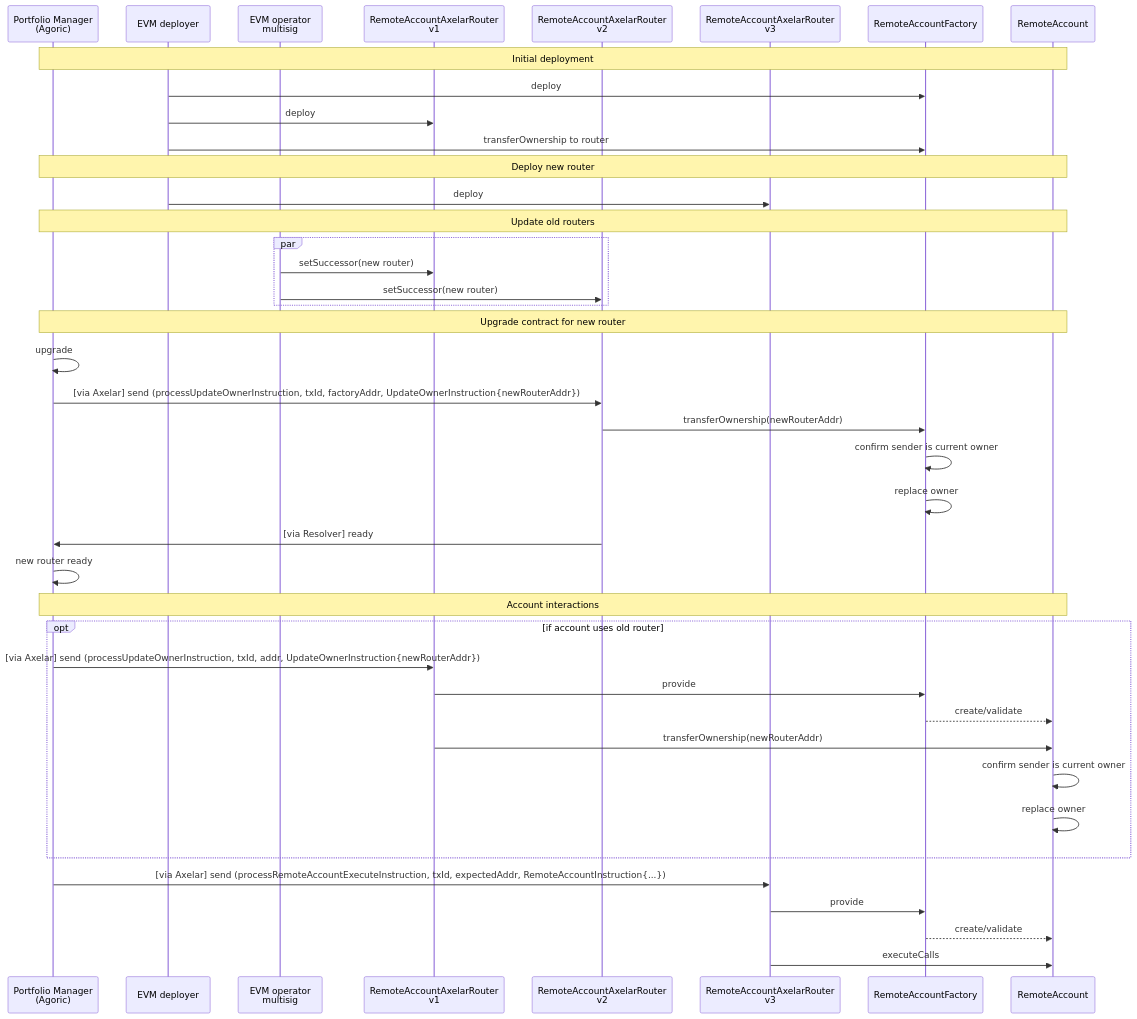
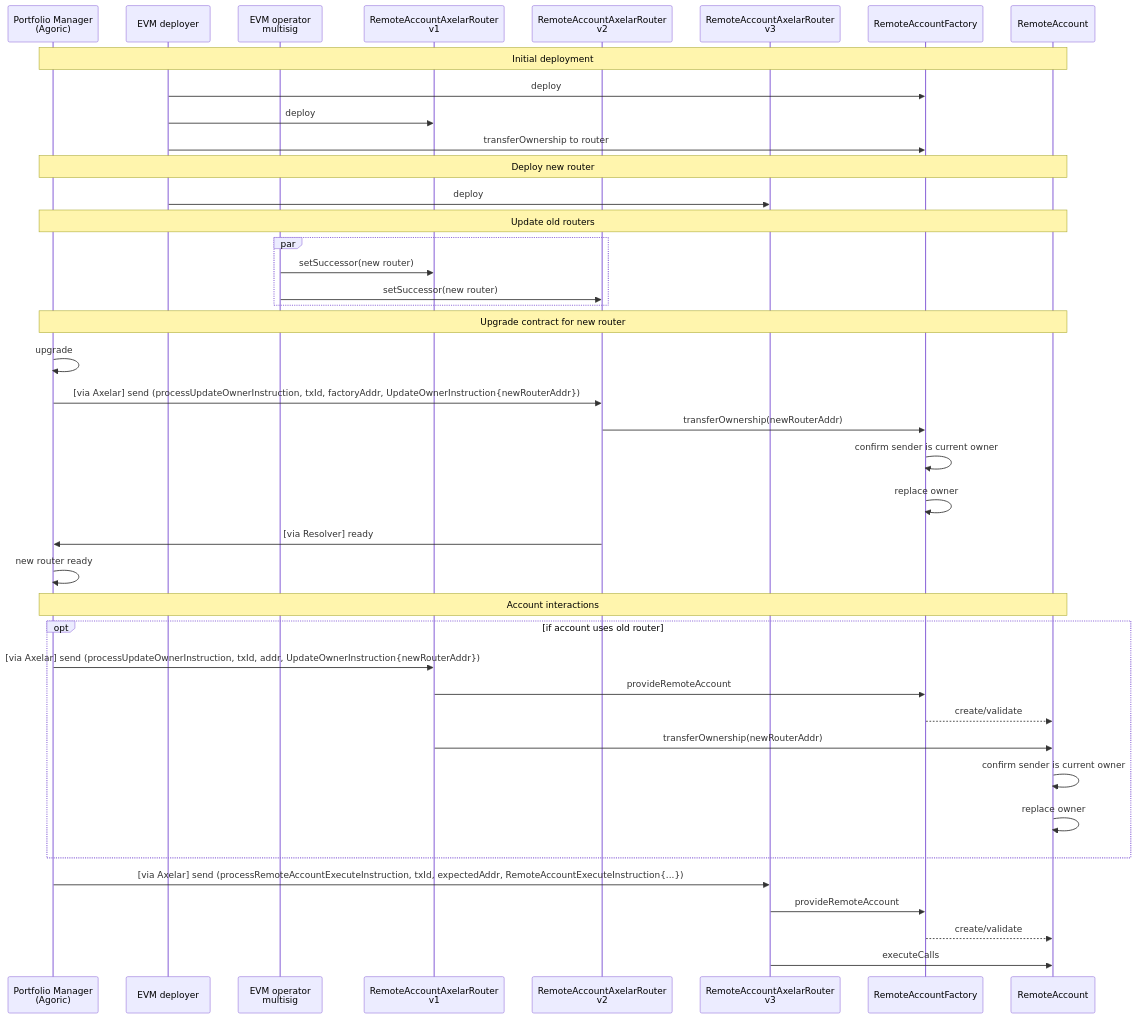
One commit to agoric-labs/agoric-to-axelar-local changed the eighth of 8 diagrams in packages/axelar-local-dev-cosmos/src/contracts/design.md. Above: the diagram before and after it, drawn with Mermaid. The commit also changed other lines of this file, not shown here.

````diff
--- a/packages/axelar-local-dev-cosmos/src/contracts/design.md
+++ b/packages/axelar-local-dev-cosmos/src/contracts/design.md
@@ -502,48 +511,48 @@
 ```mermaid
 sequenceDiagram
     participant PM as Portfolio Manager<br>(Agoric)
     participant EVM_DEPLOYER as EVM deployer
     participant EVM_OPERATOR as EVM operator<br>multisig
     participant ROUTER1 as RemoteAccountAxelarRouter<br>v1
     participant ROUTER2 as RemoteAccountAxelarRouter<br>v2
     participant ROUTERn as RemoteAccountAxelarRouter<br>v3
     participant RAF as RemoteAccountFactory
     participant RA as RemoteAccount
 
     Note over PM,RA: Initial deployment
     EVM_DEPLOYER->>RAF: deploy
     EVM_DEPLOYER->>ROUTER1: deploy
     EVM_DEPLOYER->>RAF: transferOwnership to router
 
     Note over PM,RA: Deploy new router
     EVM_DEPLOYER->>ROUTERn: deploy
 
     Note over PM,RA: Update old routers
     par
         EVM_OPERATOR->>ROUTER1: setSuccessor(new router)
         EVM_OPERATOR->>ROUTER2: setSuccessor(new router)
     end
 
     Note over PM,RA: Upgrade contract for new router
     PM->>PM: upgrade
     PM->>ROUTER2: [via Axelar] send (processUpdateOwnerInstruction, txId, factoryAddr, UpdateOwnerInstruction{newRouterAddr})
     ROUTER2->>RAF: transferOwnership(newRouterAddr)
     RAF->>RAF: confirm sender is current owner
     RAF->>RAF: replace owner
     ROUTER2->>PM: [via Resolver] ready
     PM->>PM: new router ready
-    
+
     Note over PM,RA: Account interactions
     opt if account uses old router
         PM->>ROUTER1: [via Axelar] send (processUpdateOwnerInstruction, txId, addr, UpdateOwnerInstruction{newRouterAddr})
-        ROUTER1->>RAF: provide
+        ROUTER1->>RAF: provideRemoteAccount
         RAF-->>RA: create/validate
         ROUTER1->>RA: transferOwnership(newRouterAddr)
         RA->>RA: confirm sender is current owner
         RA->>RA: replace owner
     end
-    PM->>ROUTERn: [via Axelar] send (processRemoteAccountExecuteInstruction, txId, expectedAddr, RemoteAccountInstruction{...})
-    ROUTERn->>RAF: provide
+    PM->>ROUTERn: [via Axelar] send (processRemoteAccountExecuteInstruction, txId, expectedAddr, RemoteAccountExecuteInstruction{...})
+    ROUTERn->>RAF: provideRemoteAccount
     RAF-->>RA: create/validate
     ROUTERn->>RA: executeCalls
 ```
````
